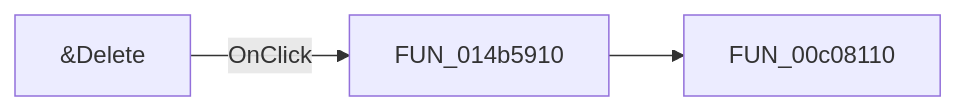
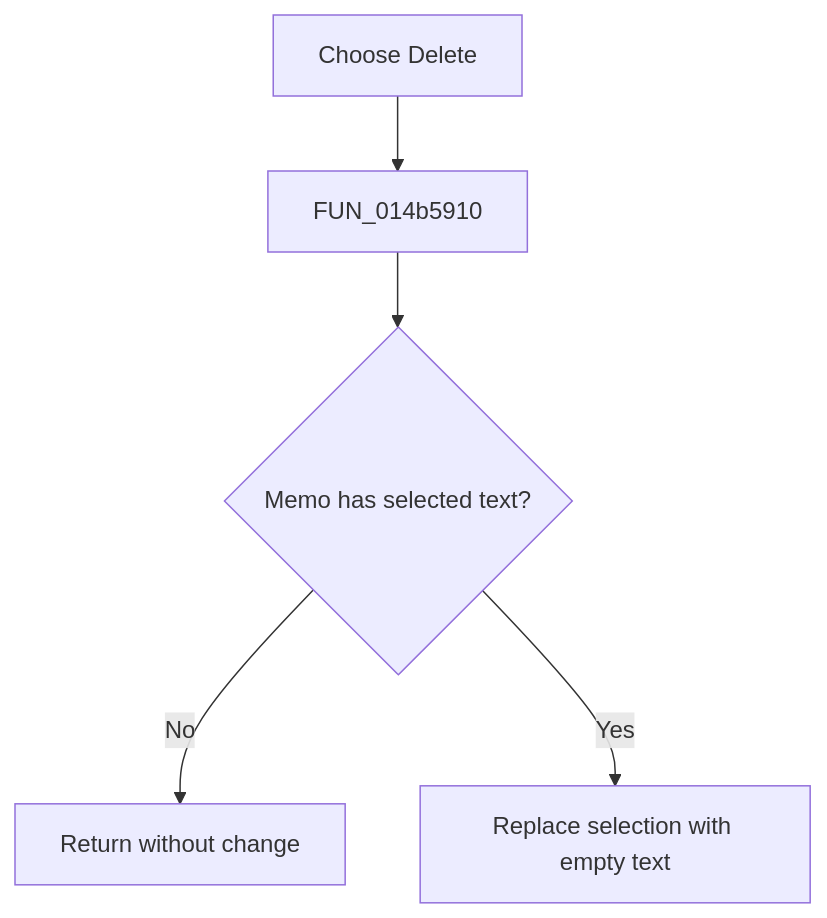
The diagram in docs/ui-controls/netlistviewer/midelete-49330f41b1.md (MovGP0/TIARA), drawn with Mermaid before and after one commit. The commit also changed other lines of this file and 1062 other files, not shown here.

````diff
--- a/docs/ui-controls/netlistviewer/midelete-49330f41b1.md
+++ b/docs/ui-controls/netlistviewer/midelete-49330f41b1.md
@@ -27,5 +27,7 @@
 ```mermaid
-flowchart LR
-    control["&Delete"] -->|OnClick| handler["FUN_014b5910"]
-    handler --> call1["FUN_00c08110"]
+flowchart TD
+    control["Choose Delete"] --> handler["FUN_014b5910"]
+    handler --> selection{"Memo has selected text?"}
+    selection -->|No| noop["Return without change"]
+    selection -->|Yes| delete["Replace selection with empty text"]
 ```
````
